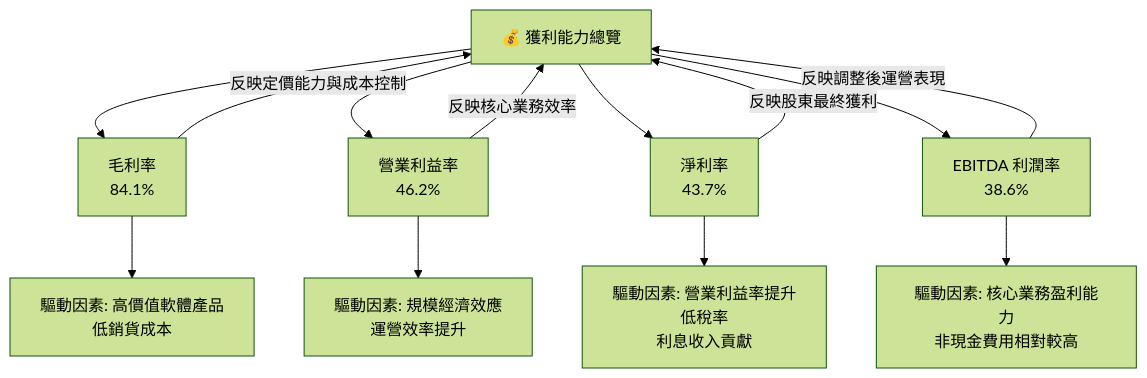
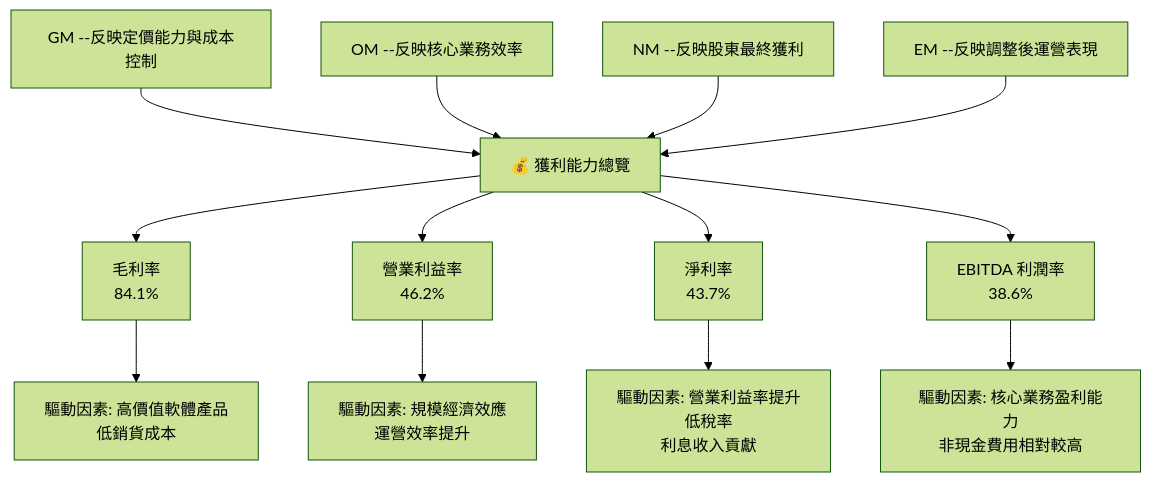
One commit to yennanliu/finance_data changed the tenth of 14 diagrams in ai_gen_report/stock/pltr/fundamental_analysis_2026-07-08_gemini.md. Above: the diagram before and after it, drawn with Mermaid (forest theme). The commit also changed other lines of this file and 2258 other files, not shown here.

First line of the commit message:
chore: backfill Mermaid syntax repair across existing reports

````diff
--- a/ai_gen_report/stock/pltr/fundamental_analysis_2026-07-08_gemini.md
+++ b/ai_gen_report/stock/pltr/fundamental_analysis_2026-07-08_gemini.md
@@ -624,19 +624,19 @@
 ```mermaid
 graph TD
     PROFIT["💰 獲利能力總覽"]
 
     PROFIT --> GM["毛利率<br/>84.1%"]
     PROFIT --> OM["營業利益率<br/>46.2%"]
     PROFIT --> NM["淨利率<br/>43.7%"]
     PROFIT --> EM["EBITDA 利潤率<br/>38.6%"]
 
     GM --> GM1["驅動因素: 高價值軟體產品<br/>低銷貨成本"]
     OM --> OM1["驅動因素: 規模經濟效應<br/>運營效率提升"]
     NM --> NM1["驅動因素: 營業利益率提升<br/>低稅率<br/>利息收入貢獻"]
     EM --> EM1["驅動因素: 核心業務盈利能力<br/>非現金費用相對較高"]
 
-    GM --"反映定價能力與成本控制"--> PROFIT
-    OM --"反映核心業務效率"--> PROFIT
-    NM --"反映股東最終獲利"--> PROFIT
-    EM --"反映調整後運營表現"--> PROFIT
+    nb1["GM --"反映定價能力與成本控制""] --> PROFIT
+    nb2["OM --"反映核心業務效率""] --> PROFIT
+    nb3["NM --"反映股東最終獲利""] --> PROFIT
+    nb4["EM --"反映調整後運營表現""] --> PROFIT
 ```
````
